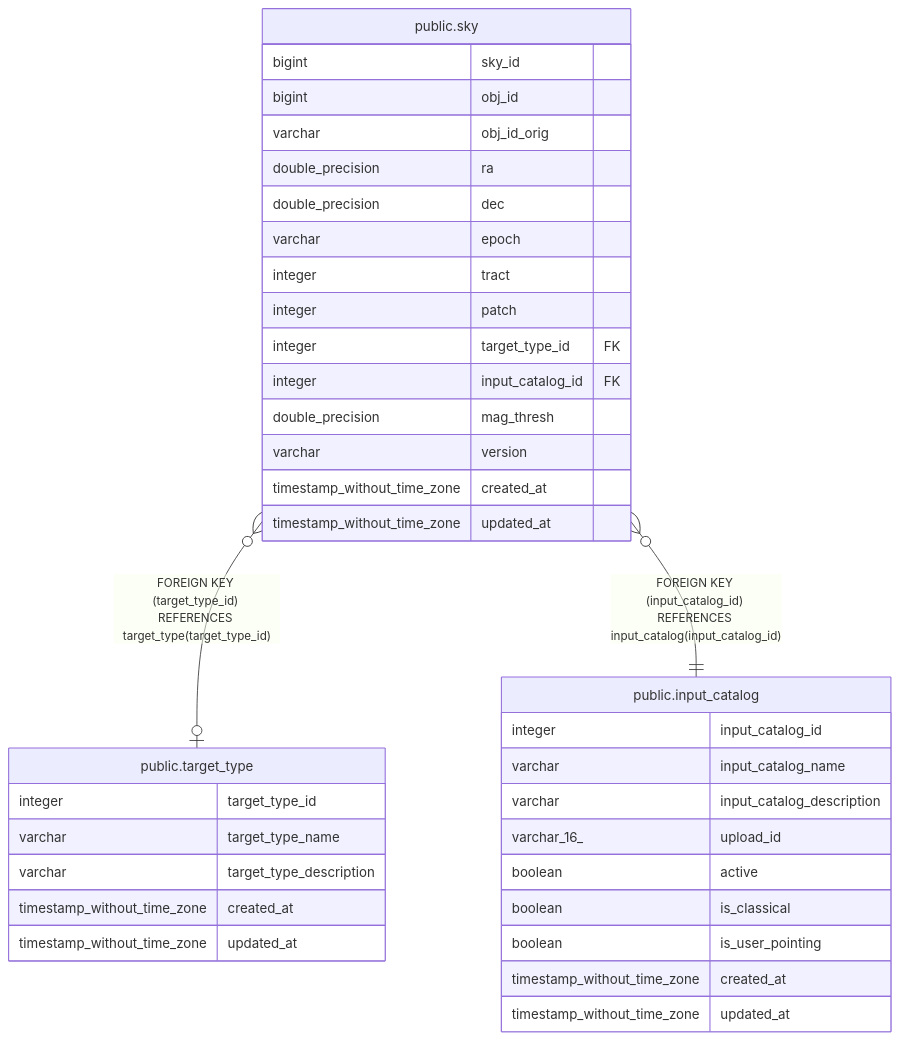
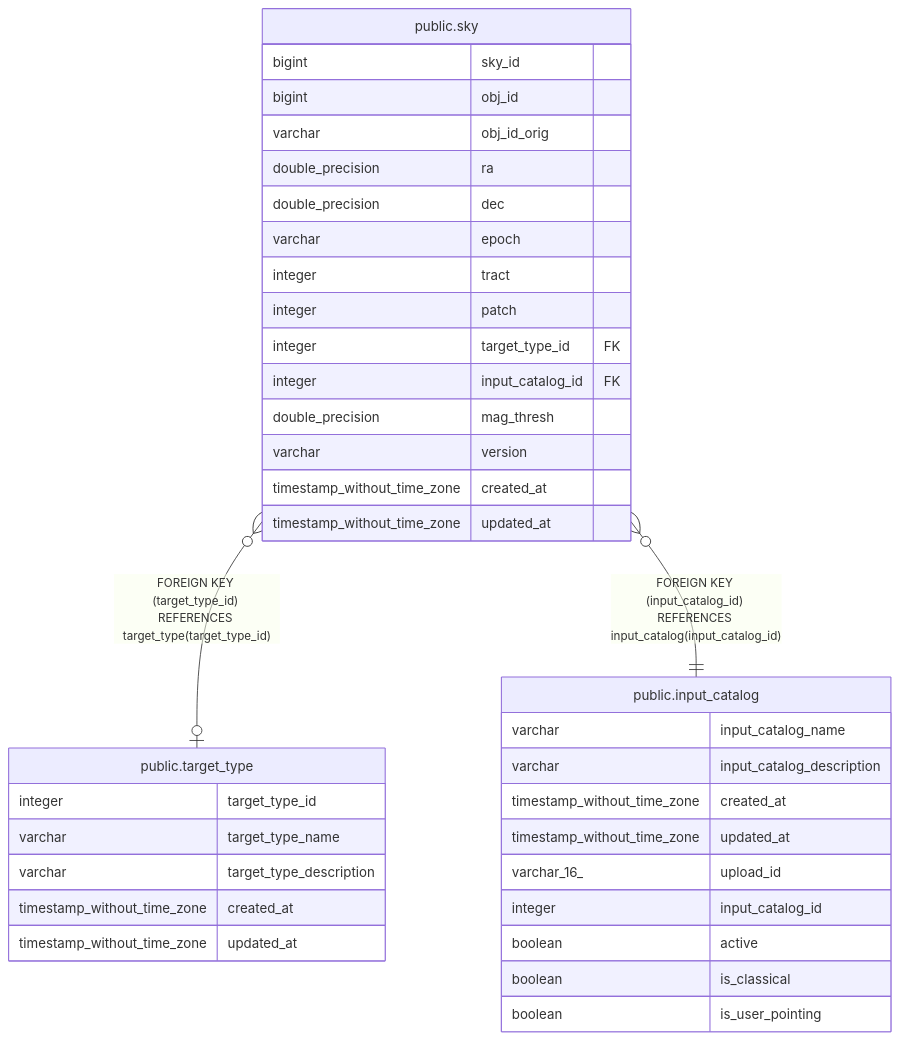
One commit to Subaru-PFS/ets_target_database changed the diagram in docs/tbls/public.sky.md. Above: the diagram before and after it, drawn with Mermaid. The commit also changed other lines of this file and 14 other files, not shown here.

Commit message:
ER diagram update

````diff
--- a/docs/tbls/public.sky.md
+++ b/docs/tbls/public.sky.md
@@ -45,41 +47,41 @@
 ```mermaid
 erDiagram
 
 "public.sky" }o--o| "public.target_type" : "FOREIGN KEY (target_type_id) REFERENCES target_type(target_type_id)"
 "public.sky" }o--|| "public.input_catalog" : "FOREIGN KEY (input_catalog_id) REFERENCES input_catalog(input_catalog_id)"
 
 "public.sky" {
   bigint sky_id
   bigint obj_id
   varchar obj_id_orig
   double_precision ra
   double_precision dec
   varchar epoch
   integer tract
   integer patch
   integer target_type_id FK
   integer input_catalog_id FK
   double_precision mag_thresh
   varchar version
   timestamp_without_time_zone created_at
   timestamp_without_time_zone updated_at
 }
 "public.target_type" {
   integer target_type_id
   varchar target_type_name
   varchar target_type_description
   timestamp_without_time_zone created_at
   timestamp_without_time_zone updated_at
 }
 "public.input_catalog" {
-  integer input_catalog_id
   varchar input_catalog_name
   varchar input_catalog_description
+  timestamp_without_time_zone created_at
+  timestamp_without_time_zone updated_at
   varchar_16_ upload_id
+  integer input_catalog_id
   boolean active
   boolean is_classical
   boolean is_user_pointing
-  timestamp_without_time_zone created_at
-  timestamp_without_time_zone updated_at
 }
 ```
````
